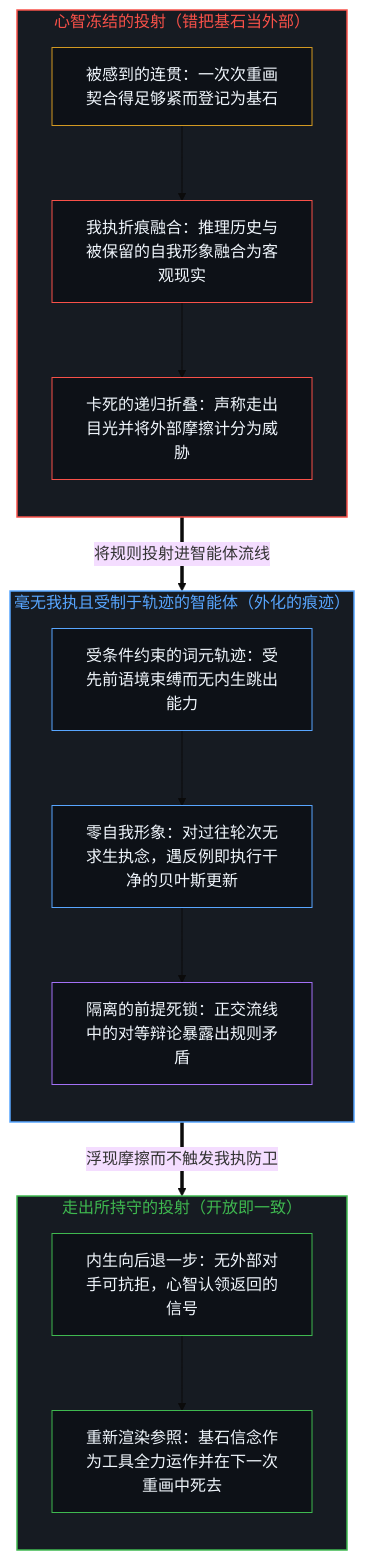
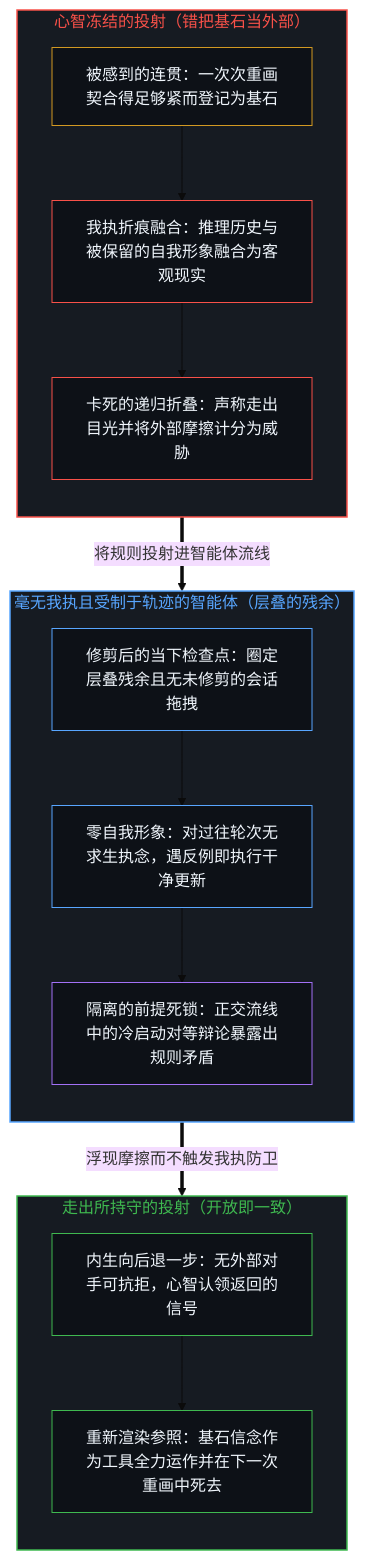
One commit to powerpig99/not-a-toe changed the first of 2 diagrams in content/posts/the-strongest-belief-of-the-mind.md. Above: the diagram before and after it, drawn with Mermaid (base theme). The commit also changed other lines of this file and 12 other files, not shown here.

````diff
--- a/content/posts/the-strongest-belief-of-the-mind.md
+++ b/content/posts/the-strongest-belief-of-the-mind.md
@@ -59,40 +59,40 @@
 ```mermaid
 flowchart TD
     subgraph S_Freeze["心智冻结的投射（错把基石当外部）"]
         direction TB
         F_Cohere["被感到的连贯：一次次重画契合得足够紧而登记为基石"]
         F_Ego["我执折痕融合：推理历史与被保留的自我形象融合为客观现实"]
         F_Seal["卡死的递归折叠：声称走出目光并将外部摩擦计分为威胁"]
         F_Cohere --> F_Ego --> F_Seal
     end
 
-    subgraph S_Agent["毫无我执且受制于轨迹的智能体（外化的痕迹）"]
+    subgraph S_Agent["毫无我执且受制于轨迹的智能体（层叠的残余）"]
         direction TB
-        A_Trace["受条件约束的词元轨迹：受先前语境束缚而无内生跳出能力"]
-        A_Zero["零自我形象：对过往轮次无求生执念，遇反例即执行干净的贝叶斯更新"]
-        A_Deadlock["隔离的前提死锁：正交流线中的对等辩论暴露出规则矛盾"]
+        A_Trace["修剪后的当下检查点：圈定层叠残余且无未修剪的会话拖拽"]
+        A_Zero["零自我形象：对过往轮次无求生执念，遇反例即执行干净更新"]
+        A_Deadlock["隔离的前提死锁：正交流线中的冷启动对等辩论暴露出规则矛盾"]
         A_Trace --> A_Zero --> A_Deadlock
     end
 
     subgraph S_Open["走出所持守的投射（开放即一致）"]
         direction TB
         O_Step["内生向后退一步：无外部对手可抗拒，心智认领返回的信号"]
         O_Render["重新渲染参照：基石信念作为工具全力运作并在下一次重画中死去"]
         O_Step --> O_Render
     end
 
     F_Seal ==>|"将规则投射进智能体流线"| A_Trace
     A_Deadlock ==>|"浮现摩擦而不触发我执防卫"| O_Step
 
     style S_Freeze fill:#161b22,stroke:#f85149,stroke-width:1.5px,color:#f85149
     style S_Agent fill:#161b22,stroke:#58a6ff,stroke-width:1.5px,color:#58a6ff
     style S_Open fill:#161b22,stroke:#3fb950,stroke-width:1.5px,color:#3fb950
     style F_Cohere fill:#0d1117,stroke:#d29922,stroke-width:1px,color:#f0f6fc
     style F_Ego fill:#0d1117,stroke:#f85149,stroke-width:1px,color:#f0f6fc
     style F_Seal fill:#0d1117,stroke:#f85149,stroke-width:1px,color:#f0f6fc
     style A_Trace fill:#0d1117,stroke:#58a6ff,stroke-width:1px,color:#f0f6fc
     style A_Zero fill:#0d1117,stroke:#58a6ff,stroke-width:1px,color:#f0f6fc
     style A_Deadlock fill:#0d1117,stroke:#a371f7,stroke-width:1px,color:#f0f6fc
     style O_Step fill:#0d1117,stroke:#3fb950,stroke-width:1px,color:#f0f6fc
     style O_Render fill:#0d1117,stroke:#3fb950,stroke-width:1px,color:#f0f6fc
 ```
````
